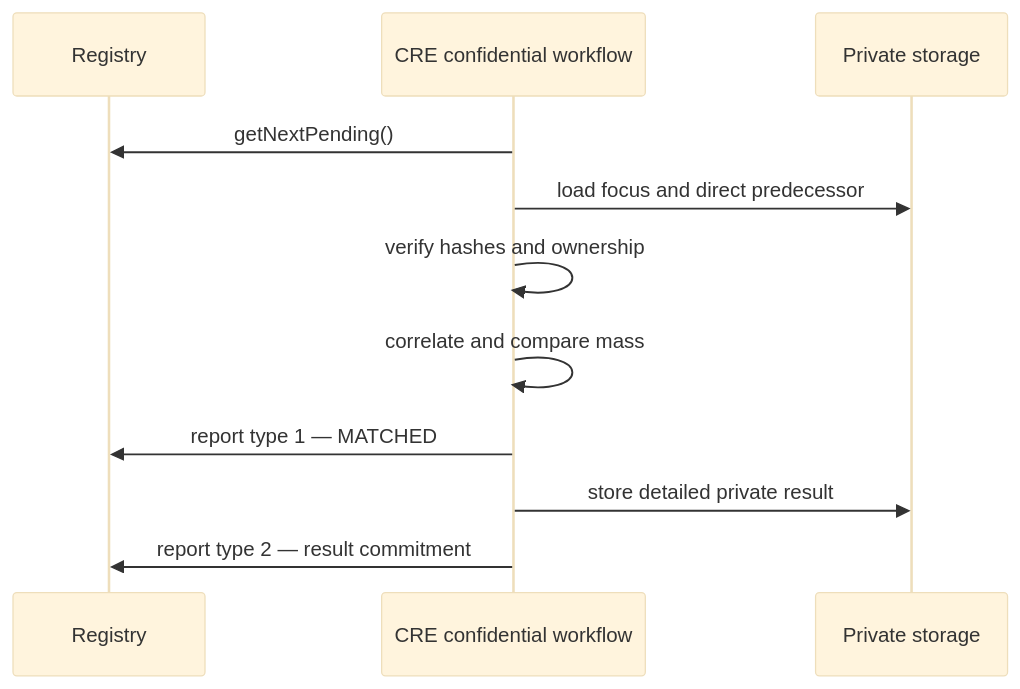
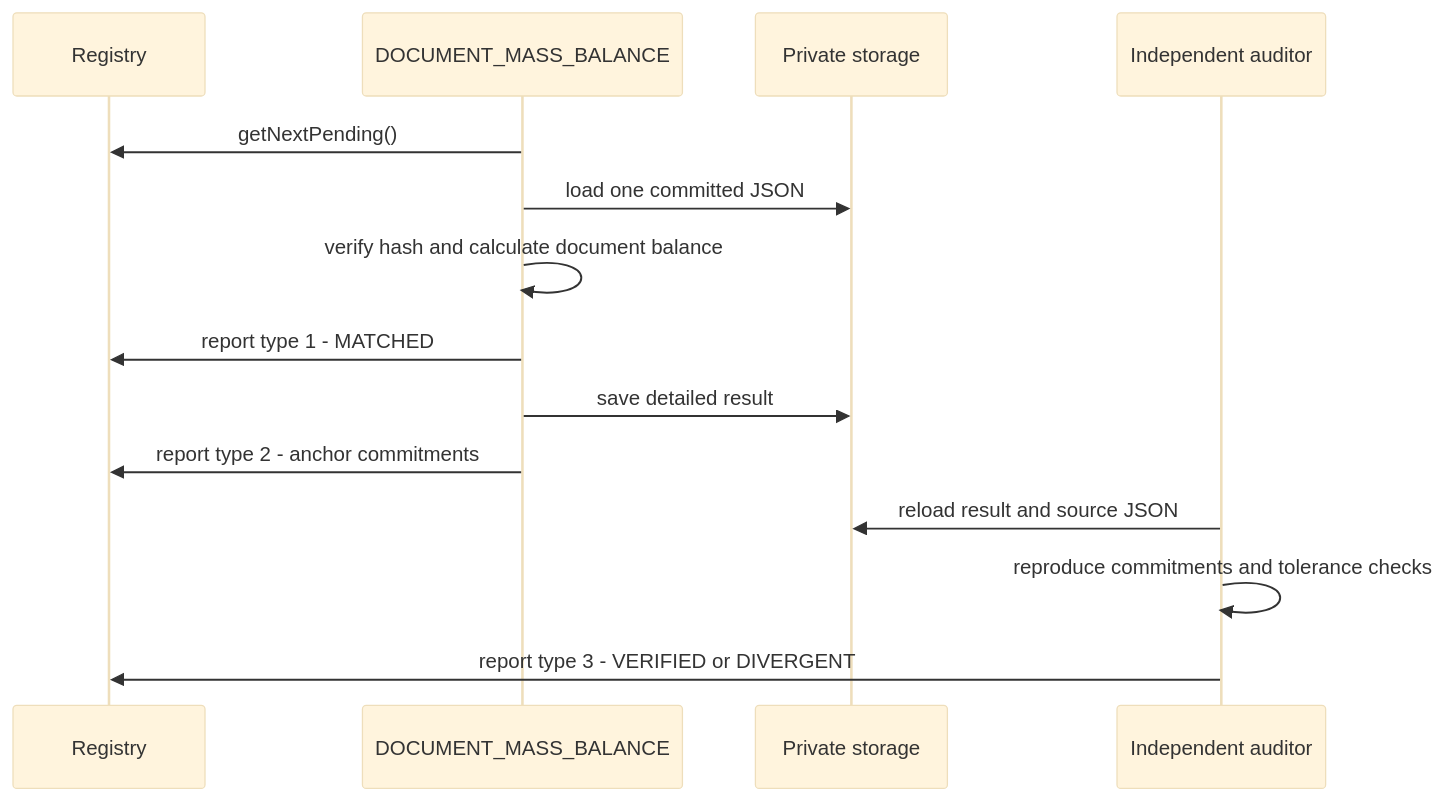
One commit to armanfm/ExplorerChem changed the second of 2 diagrams in README.md. Above: the diagram before and after it, drawn with Mermaid (base theme). The commit also changed other lines of this file, not shown here.

````diff
--- a/README.md
+++ b/README.md
@@ -425,25 +309,16 @@
 ```mermaid
-
 sequenceDiagram
-
     participant Chain as Registry
-
-    participant CRE as CRE confidential workflow
-
+    participant Mass as DOCUMENT_MASS_BALANCE
     participant Store as Private storage
-
-    CRE->>Chain: getNextPending()
-
-    CRE->>Store: load focus and direct predecessor
-
-    CRE->>CRE: verify hashes and ownership
-
-    CRE->>CRE: correlate and compare mass
-
-    CRE->>Chain: report type 1 — MATCHED
-
-    CRE->>Store: store detailed private result
-
-    CRE->>Chain: report type 2 — result commitment
-
+    participant Audit as Independent auditor
+    Mass->>Chain: getNextPending()
+    Mass->>Store: load one committed JSON
+    Mass->>Mass: verify hash and calculate document balance
+    Mass->>Chain: report type 1 - MATCHED
+    Mass->>Store: save detailed result
+    Mass->>Chain: report type 2 - anchor commitments
+    Audit->>Store: reload result and source JSON
+    Audit->>Audit: reproduce commitments and tolerance checks
+    Audit->>Chain: report type 3 - VERIFIED or DIVERGENT
 ```
````
